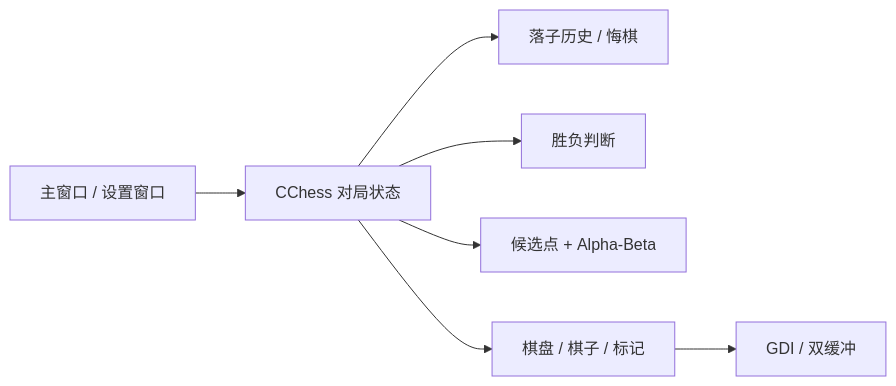
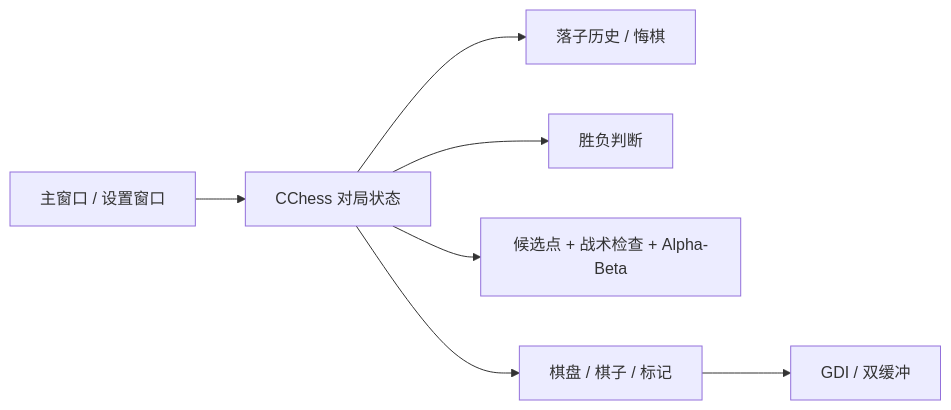
Before and after one commit to LynViii/FiveChess: the diagram in README.md, drawn with Mermaid. The commit also changed other lines of this file and 39 other files, not shown here.

````diff
--- a/README.md
+++ b/README.md
@@ -80,9 +82,9 @@
 ```mermaid
 flowchart LR
     UI[主窗口 / 设置窗口] --> GAME[CChess 对局状态]
     GAME --> HISTORY[落子历史 / 悔棋]
     GAME --> RULE[胜负判断]
-    GAME --> AI[候选点 + Alpha-Beta]
+    GAME --> AI[候选点 + 战术检查 + Alpha-Beta]
     GAME --> DRAW[棋盘 / 棋子 / 标记]
     DRAW --> GDI[GDI / 双缓冲]
 ```
````
